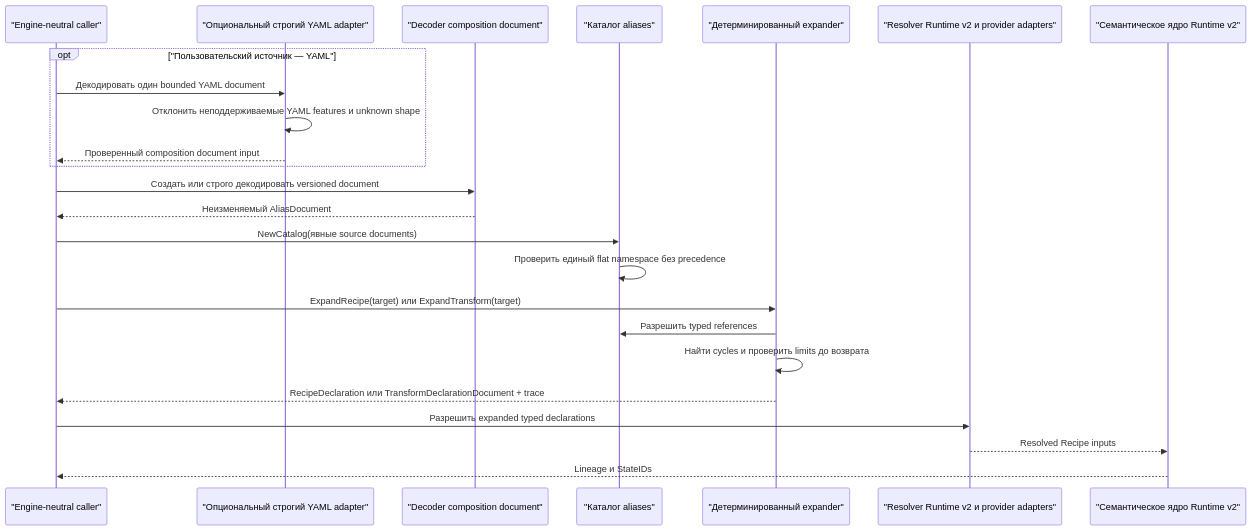
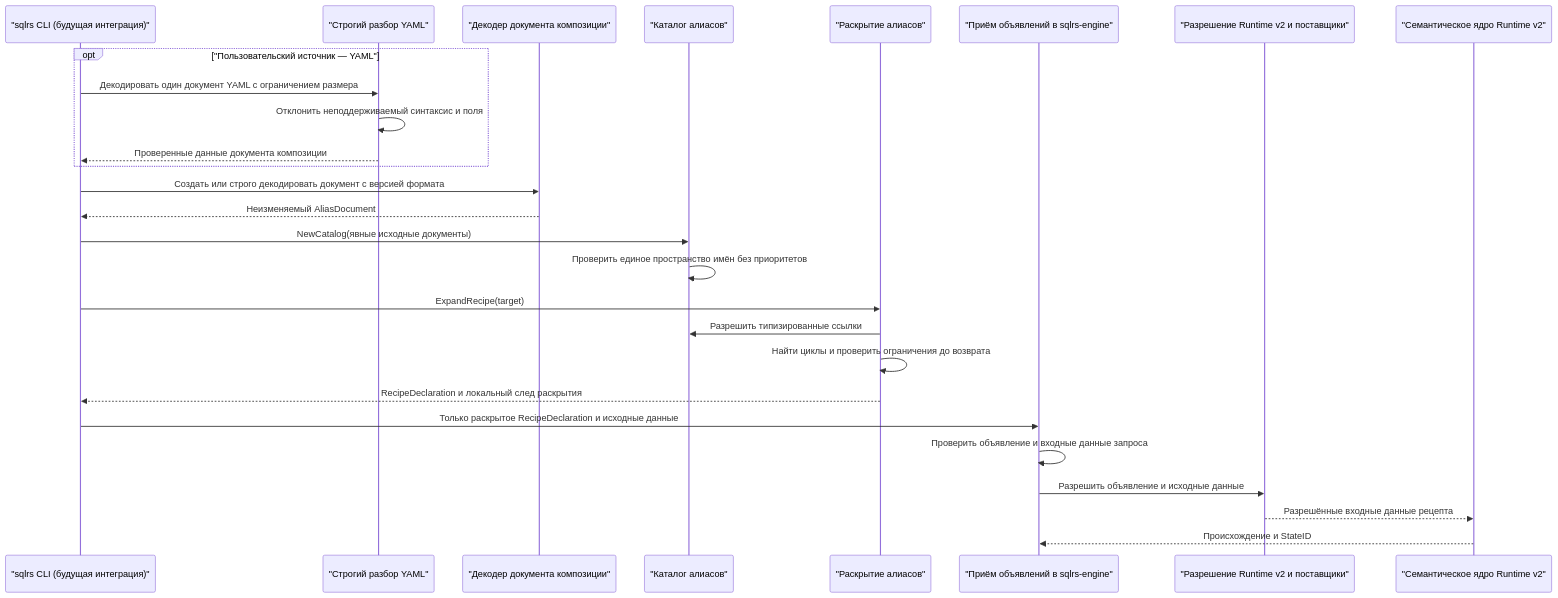
Before and after one commit to kimak-irmagi/sqlrs: the first of 2 diagrams in docs/architecture/runtime-v2-composition-flow.RU.md, drawn with Mermaid. The commit also changed other lines of this file and 13 other files, not shown here.

Commit message:
docs: clarify Runtime v2 client alias boundary

````diff
--- a/docs/architecture/runtime-v2-composition-flow.RU.md
+++ b/docs/architecture/runtime-v2-composition-flow.RU.md
@@ -19,27 +36,30 @@
 ```mermaid
 sequenceDiagram
-    participant Caller as "Engine-neutral caller"
-    participant Adapter as "Опциональный строгий YAML adapter"
-    participant Document as "Decoder composition document"
-    participant Catalog as "Каталог aliases"
-    participant Expander as "Детерминированный expander"
-    participant Resolver as "Resolver Runtime v2 и provider adapters"
+    participant Client as "sqlrs CLI (будущая интеграция)"
+    participant Adapter as "Строгий разбор YAML"
+    participant Document as "Декодер документа композиции"
+    participant Catalog as "Каталог алиасов"
+    participant Expander as "Раскрытие алиасов"
+    participant Engine as "Приём объявлений в sqlrs-engine"
+    participant Resolver as "Разрешение Runtime v2 и поставщики"
     participant Core as "Семантическое ядро Runtime v2"
 
     opt "Пользовательский источник — YAML"
-        Caller->>Adapter: Декодировать один bounded YAML document
-        Adapter->>Adapter: Отклонить неподдерживаемые YAML features и unknown shape
-        Adapter-->>Caller: Проверенный composition document input
+        Client->>Adapter: Декодировать один документ YAML с ограничением размера
+        Adapter->>Adapter: Отклонить неподдерживаемый синтаксис и поля
+        Adapter-->>Client: Проверенные данные документа композиции
     end
-    Caller->>Document: Создать или строго декодировать versioned document
-    Document-->>Caller: Неизменяемый AliasDocument
-    Caller->>Catalog: NewCatalog(явные source documents)
-    Catalog->>Catalog: Проверить единый flat namespace без precedence
-    Caller->>Expander: ExpandRecipe(target) или ExpandTransform(target)
-    Expander->>Catalog: Разрешить typed references
-    Expander->>Expander: Найти cycles и проверить limits до возврата
-    Expander-->>Caller: RecipeDeclaration или TransformDeclarationDocument + trace
-    Caller->>Resolver: Разрешить expanded typed declarations
-    Resolver-->>Core: Resolved Recipe inputs
-    Core-->>Caller: Lineage и StateIDs
+    Client->>Document: Создать или строго декодировать документ с версией формата
+    Document-->>Client: Неизменяемый AliasDocument
+    Client->>Catalog: NewCatalog(явные исходные документы)
+    Catalog->>Catalog: Проверить единое пространство имён без приоритетов
+    Client->>Expander: ExpandRecipe(target)
+    Expander->>Catalog: Разрешить типизированные ссылки
+    Expander->>Expander: Найти циклы и проверить ограничения до возврата
+    Expander-->>Client: RecipeDeclaration и локальный след раскрытия
+    Client->>Engine: Только раскрытое RecipeDeclaration и исходные данные
+    Engine->>Engine: Проверить объявление и входные данные запроса
+    Engine->>Resolver: Разрешить объявление и исходные данные
+    Resolver-->>Core: Разрешённые входные данные рецепта
+    Core-->>Engine: Происхождение и StateID
 ```
````
